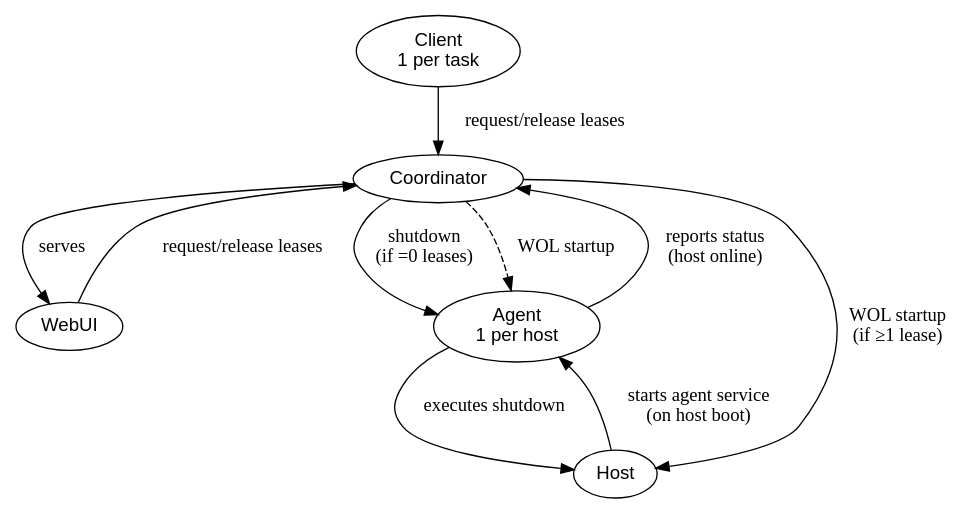
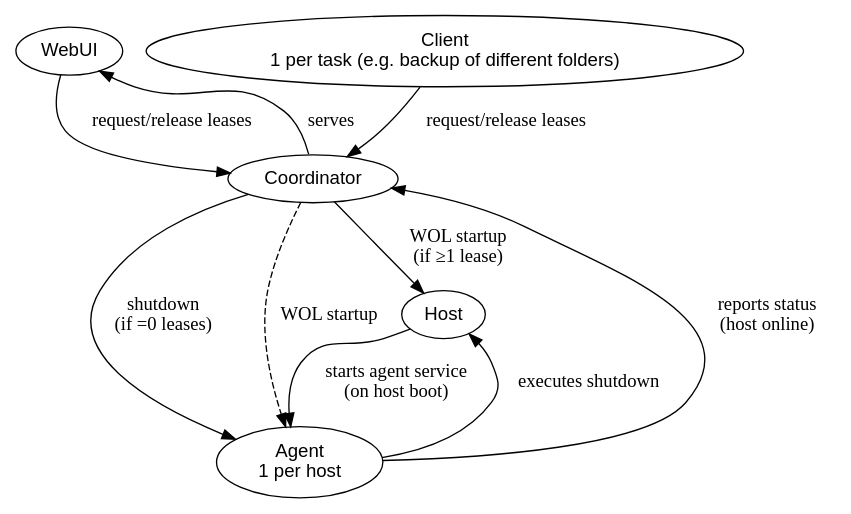
The diagram in coordinator/assets/architecture.dot (9SMTM6/shuthost), drawn with Graphviz before and after one commit. The commit also changed 1 other file, not shown here.

Commit message:
improve architecture graph

```diff
--- a/coordinator/assets/architecture.dot
+++ b/coordinator/assets/architecture.dot
@@ -1,25 +1,25 @@
 digraph HostLifecycle {
   rankdir=TB;
   node [shape=ellipse, fontname="Helvetica"];
 
-  client [label="Client\n1 per task"];
   webui [label="WebUI"];
+  client [label="Client\n1 per task (e.g. backup of different folders)"];
   coordinator [label="Coordinator"];
   agent [label="Agent\n1 per host"];
   host [label="Host"];
+
+  // Other relationships
+  host -> agent [label="starts agent service\n(on host boot)"];
+  coordinator -> webui [label="serves"];
 
   // Lease interactions (combined arrow)
   client -> coordinator [label="request/release leases"];
   webui -> coordinator [label="request/release leases"];
 
   // Host lifecycle commands
   coordinator -> host [label="WOL startup\n(if ≥1 lease)"];
   coordinator -> agent [label="shutdown\n(if =0 leases)"];
   agent -> host [label="executes shutdown"];
   agent -> coordinator [label="reports status\n(host online)"];
   coordinator -> agent [label="WOL startup", style=dashed];
-
-  // Other relationships
-  host -> agent [label="starts agent service\n(on host boot)"];
-  coordinator -> webui [label="serves"];
 }
```
